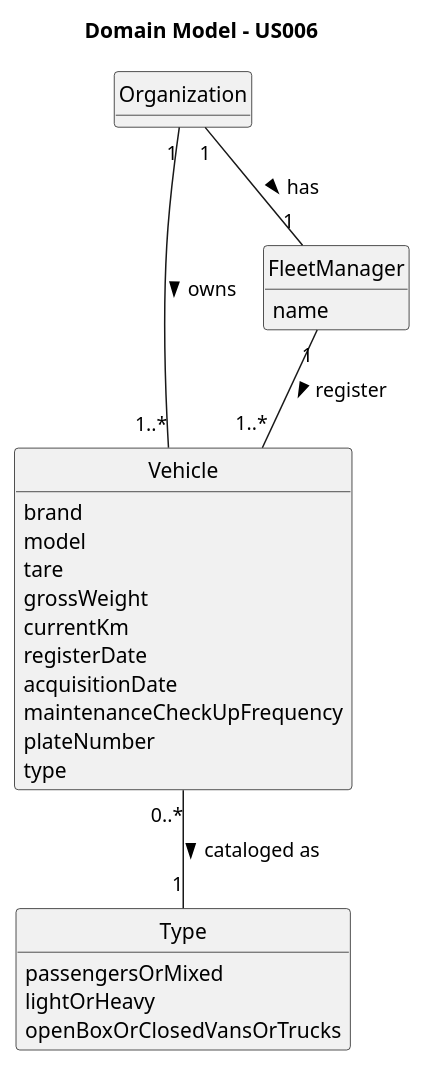
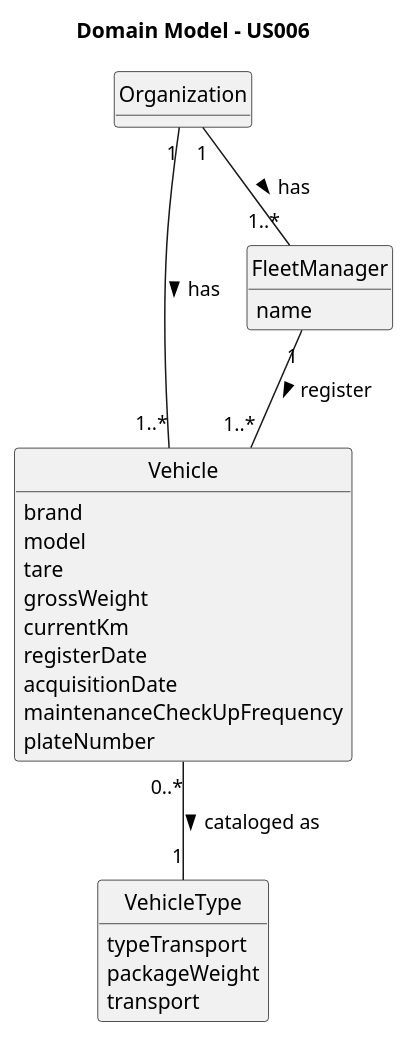
The diagram in docs/sprintA&B/us006/02.analysis/puml/us006-domain-model.puml (daniel41silva05/ISEP_2023_2024_LAPR2), drawn with PlantUML before and after one commit. The commit also changed 9 other files, not shown here.

Commit message:
corrections in coherence between domain model and class diagram

```diff
--- a/docs/sprintA&B/us006/02.analysis/puml/us006-domain-model.puml
+++ b/docs/sprintA&B/us006/02.analysis/puml/us006-domain-model.puml
@@ -1,44 +1,43 @@
 @startuml
 skinparam monochrome true
 skinparam packageStyle rectangle
 skinparam shadowing false
 
 skinparam classAttributeIconSize 0
 
 hide circle
 hide methods
 
 title Domain Model - US006
 
 class Organization {
 }
 
 class Vehicle {
     brand
     model
     tare
     grossWeight
     currentKm
     registerDate
     acquisitionDate
     maintenanceCheckUpFrequency
     plateNumber
-    type
 }
 
 class FleetManager {
     name
 }
 
-class Type {
-    passengersOrMixed
-    lightOrHeavy
-    openBoxOrClosedVansOrTrucks
+class VehicleType {
+    typeTransport
+    packageWeight
+    transport
 }
 
-Organization "1" -- "1" FleetManager : has >
-Organization "1" -- "1..*" Vehicle : owns >
+Organization "1" -- "1..*" FleetManager : has >
+Organization "1" -- "1..*" Vehicle : has >
 FleetManager "1" -- "1..*" Vehicle : register >
-Vehicle "0..*" -- "1" Type : cataloged as >
+Vehicle "0..*" -- "1" VehicleType : cataloged as >
 
 @enduml
```
